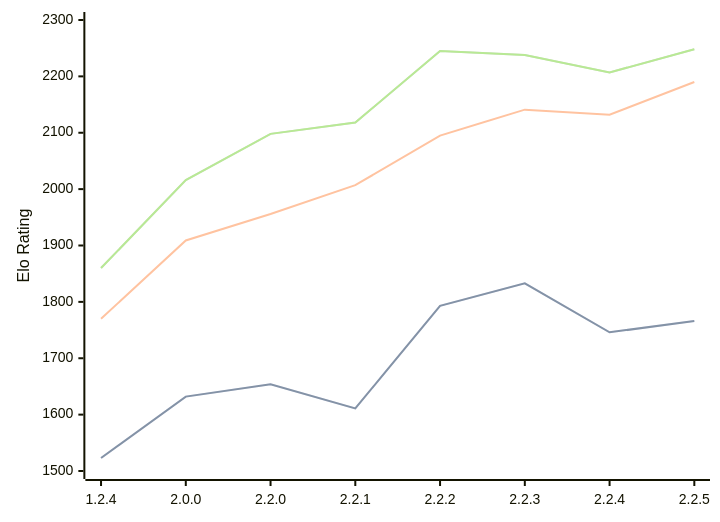
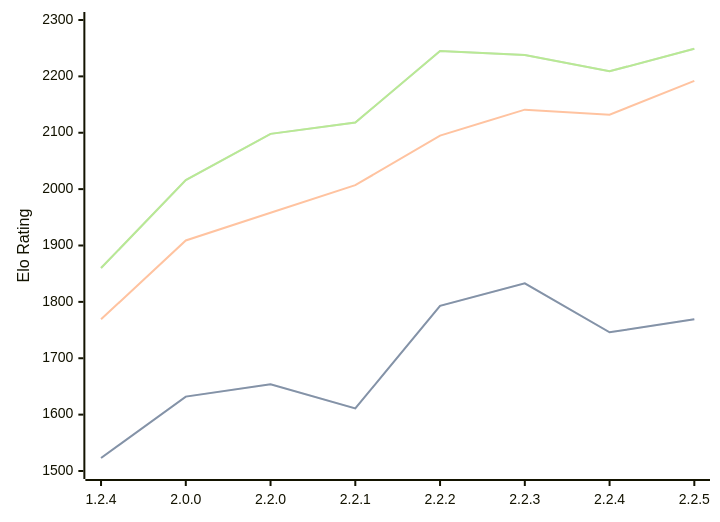
The diagram in engines/Kreveta.md (computer-chess-index/cci), drawn with Mermaid before and after one commit. The commit also changed other lines of this file, not shown here.

Commit message:
Update CCI Ratings (ELO VLTC) - 2026-04-10

````diff
--- a/engines/Kreveta.md
+++ b/engines/Kreveta.md
@@ -41,11 +41,11 @@
 ```mermaid
 %%{init: {"theme":"base","themeVariables":{"seriesColors:['#a3a3a3','#222221','#faa371']}}}%%
 xychart-beta
   x-axis ["1.2.4", "2.0.0", "2.2.0", "2.2.1", "2.2.2", "2.2.3", "2.2.4", "2.2.5"]
   y-axis "Elo Rating" 1500 --> 2300
-  line "STC (8.0+0.08s)" [1523, 1632, 1654, 1611, 1793, 1833, 1746, 1766]
-  line "STC (8.0+0.08s)" [1523, 1632, 1654, 1611, 1793, 1833, 1746, 1766]
-  line "LTC (60.0+0.60s)" [1770, 1909, 1956, 2007, 2095, 2141, 2132, 2190]
-  line "VLTC (2m24s+1.12s)" [1860, 2016, 2098, 2118, 2245, 2238, 2207, 2248]
-  line "VLTC (2m24s+1.12s)" [1860, 2016, 2098, 2118, 2245, 2238, 2207, 2248]
+  line "STC (8.0+0.08s)" [1523, 1632, 1654, 1611, 1793, 1833, 1746, 1769]
+  line "STC (8.0+0.08s)" [1523, 1632, 1654, 1611, 1793, 1833, 1746, 1769]
+  line "LTC (60.0+0.60s)" [1769, 1909, 1958, 2007, 2095, 2141, 2132, 2192]
+  line "VLTC (2m24s+1.12s)" [1860, 2016, 2098, 2118, 2245, 2238, 2209, 2249]
+  line "VLTC (2m24s+1.12s)" [1860, 2016, 2098, 2118, 2245, 2238, 2209, 2249]
 ```
````
